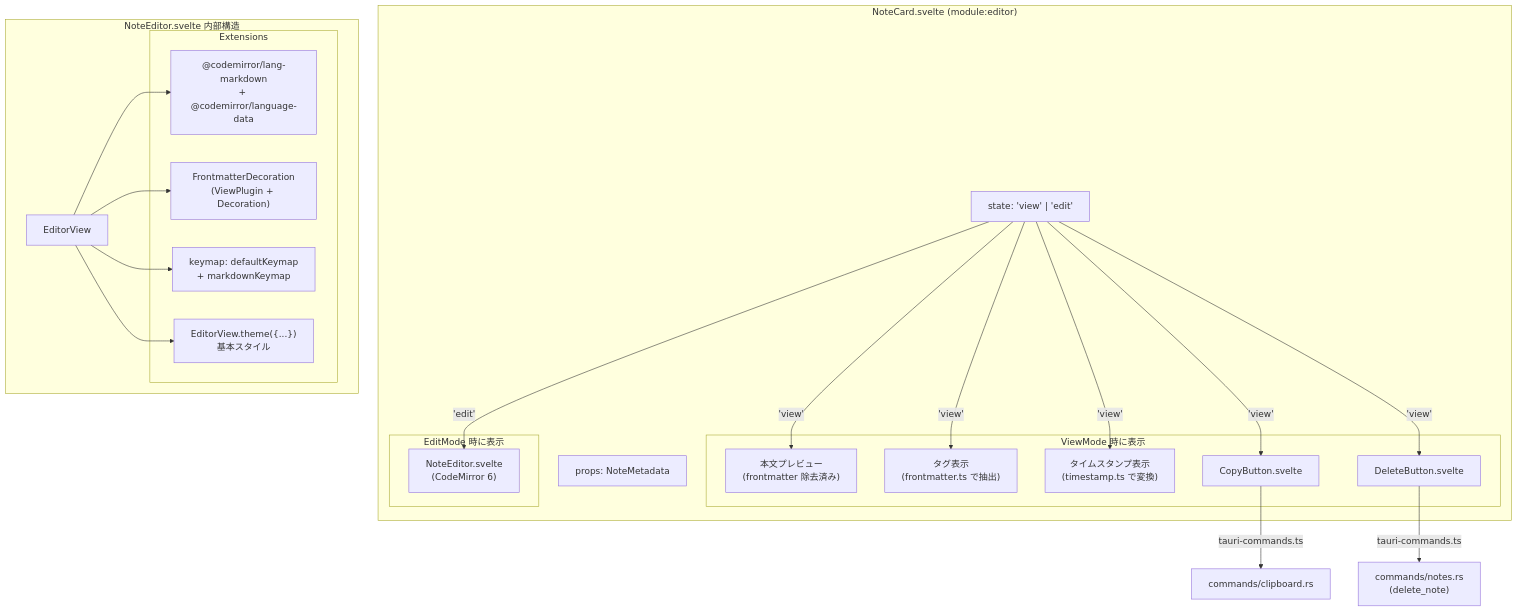
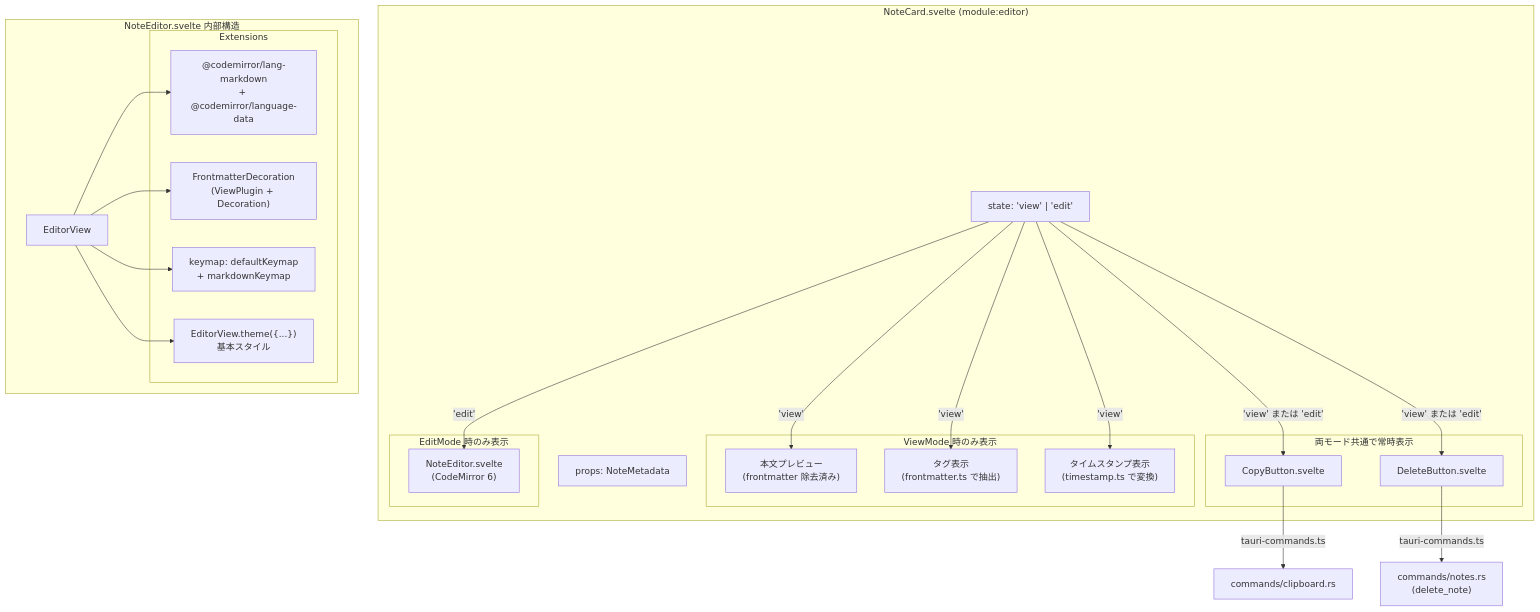
One commit to dev-komenzar/prompt-notes changed the fourth of 4 diagrams in docs/detailed_design/editor_clipboard_design.md. Above: the diagram before and after it, drawn with Mermaid. The commit also changed other lines of this file and 3 other files, not shown here.

````diff
--- a/docs/detailed_design/editor_clipboard_design.md
+++ b/docs/detailed_design/editor_clipboard_design.md
@@ -186,43 +210,46 @@
 ```mermaid
 graph TB
     subgraph "NoteCard.svelte (module:editor)"
         NC_STATE["state: 'view' | 'edit'"]
         NC_META["props: NoteMetadata"]
 
-        subgraph "ViewMode 時に表示"
-            BODY_PREVIEW["本文プレビュー<br/>(frontmatter 除去済み)"]
-            TAG_DISPLAY["タグ表示<br/>(frontmatter.ts で抽出)"]
-            TIMESTAMP["タイムスタンプ表示<br/>(timestamp.ts で変換)"]
+        subgraph "両モード共通で常時表示"
             COPY_BTN["CopyButton.svelte"]
             DEL_BTN["DeleteButton.svelte"]
         end
 
-        subgraph "EditMode 時に表示"
+        subgraph "ViewMode 時のみ表示"
+            BODY_PREVIEW["本文プレビュー<br/>(frontmatter 除去済み)"]
+            TAG_DISPLAY["タグ表示<br/>(frontmatter.ts で抽出)"]
+            TIMESTAMP["タイムスタンプ表示<br/>(timestamp.ts で変換)"]
+        end
+
+        subgraph "EditMode 時のみ表示"
             EDITOR["NoteEditor.svelte<br/>(CodeMirror 6)"]
         end
     end
 
     subgraph "NoteEditor.svelte 内部構造"
         CM["EditorView"]
         subgraph "Extensions"
             MD_LANG["@codemirror/lang-markdown<br/>+ @codemirror/language-data"]
             FM_DECO["FrontmatterDecoration<br/>(ViewPlugin + Decoration)"]
             KEYMAP["keymap: defaultKeymap<br/>+ markdownKeymap"]
             THEME["EditorView.theme({...})<br/>基本スタイル"]
         end
         CM --> MD_LANG
         CM --> FM_DECO
         CM --> KEYMAP
         CM --> THEME
     end
 
     NC_STATE -->|"'view'"| BODY_PREVIEW
     NC_STATE -->|"'view'"| TAG_DISPLAY
     NC_STATE -->|"'view'"| TIMESTAMP
-    NC_STATE -->|"'view'"| COPY_BTN
-    NC_STATE -->|"'view'"| DEL_BTN
+    NC_STATE -->|"'view' または 'edit'"| COPY_BTN
+    NC_STATE -->|"'view' または 'edit'"| DEL_BTN
     NC_STATE -->|"'edit'"| EDITOR
 
     COPY_BTN -->|"tauri-commands.ts"| IPC_CLIP["commands/clipboard.rs"]
     DEL_BTN -->|"tauri-commands.ts"| IPC_DEL["commands/notes.rs<br/>(delete_note)"]
 ```
````
